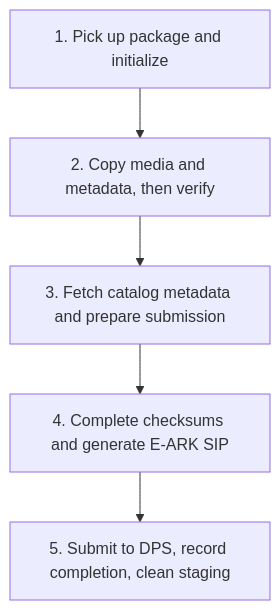
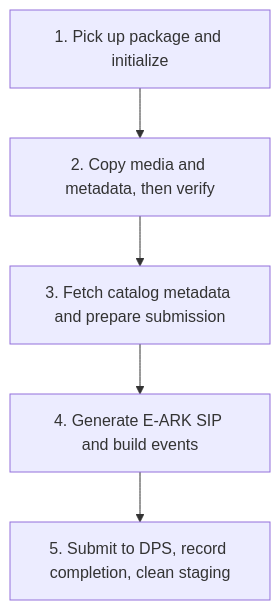
Before and after one commit to AleksanderHurtley/nifi7: the diagram in film_produksjon/docs/FLOW_OVERVIEW.md, drawn with Mermaid. The commit also changed other lines of this file and 30 other files, not shown here.

````diff
--- a/film_produksjon/docs/FLOW_OVERVIEW.md
+++ b/film_produksjon/docs/FLOW_OVERVIEW.md
@@ -28,7 +32,7 @@
 ```mermaid
 flowchart TD
     A[1. Pick up package and initialize] --> B[2. Copy media and metadata, then verify]
     B --> C[3. Fetch catalog metadata and prepare submission]
-    C --> D[4. Complete checksums and generate E-ARK SIP]
+    C --> D[4. Generate E-ARK SIP and build events]
     D --> E[5. Submit to DPS, record completion, clean staging]
 ```
````
